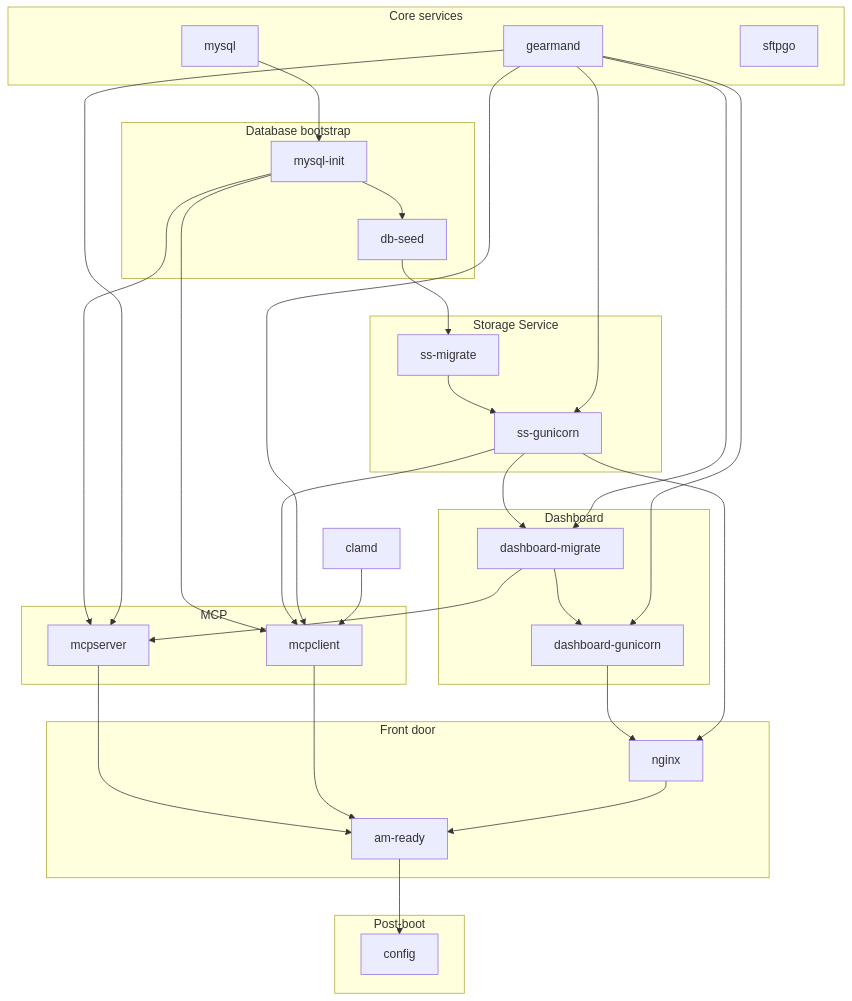
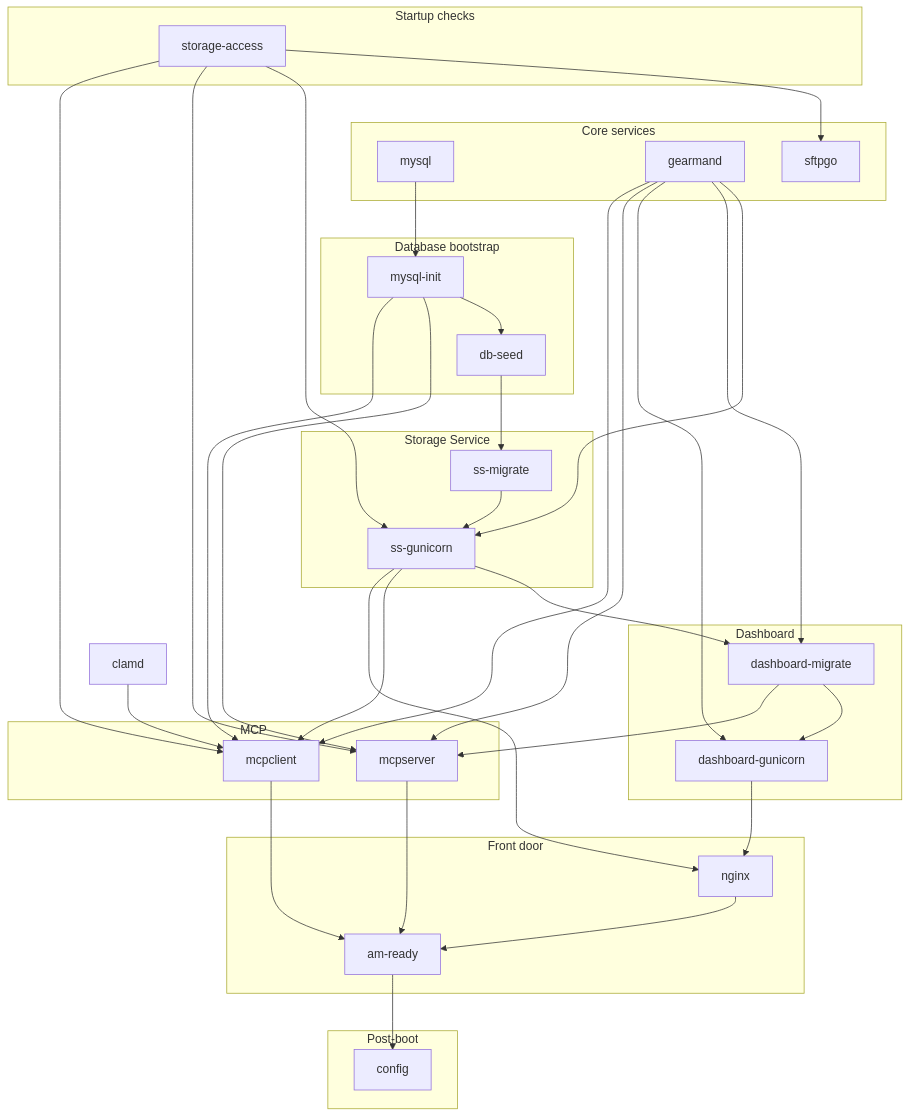
Before and after one commit to sevein/ambox: the first of 2 diagrams in hack/box/README.md, drawn with Mermaid. The commit also changed other lines of this file and 17 other files, not shown here.

````diff
--- a/hack/box/README.md
+++ b/hack/box/README.md
@@ -214,68 +377,76 @@
 ```mermaid
 flowchart TB
   subgraph Core[Core services]
     mysql[mysql]
     gearmand[gearmand]
     sftpgo[sftpgo]
   end
 
   subgraph Bootstrap[Database bootstrap]
     mysql_init[mysql-init]
     db_seed[db-seed]
+  end
+
+  subgraph Checks[Startup checks]
+    storage_access[storage-access]
   end
 
   subgraph SS[Storage Service]
     ss_migrate[ss-migrate]
     ss_gunicorn[ss-gunicorn]
   end
 
   subgraph Dash[Dashboard]
     dashboard_migrate[dashboard-migrate]
     dashboard_gunicorn[dashboard-gunicorn]
   end
 
   subgraph MCP[MCP]
     mcpserver[mcpserver]
     mcpclient[mcpclient]
   end
 
   subgraph Front[Front door]
     nginx[nginx]
     am_ready[am-ready]
   end
 
   subgraph Post[Post-boot]
     config[config]
   end
 
   %% Core deps
   mysql --> mysql_init --> db_seed
+  storage_access --> sftpgo
 
   %% Storage Service
   db_seed --> ss_migrate --> ss_gunicorn
   gearmand --> ss_gunicorn
+  storage_access --> ss_gunicorn
 
   %% Dashboard
   ss_gunicorn --> dashboard_migrate --> dashboard_gunicorn
   gearmand --> dashboard_migrate
   gearmand --> dashboard_gunicorn
 
   %% MCP
   mysql_init --> mcpserver
   dashboard_migrate --> mcpserver
   gearmand --> mcpserver
+  storage_access --> mcpserver
   mysql_init --> mcpclient
   ss_gunicorn --> mcpclient
   gearmand --> mcpclient
   clamd --> mcpclient
+  storage_access --> mcpclient
 
   %% Nginx + readiness marker
   dashboard_gunicorn --> nginx
   ss_gunicorn --> nginx
   mcpserver --> am_ready
   mcpclient --> am_ready
   nginx --> am_ready
 
   %% Post-boot config
   am_ready --> config
 ```
````
